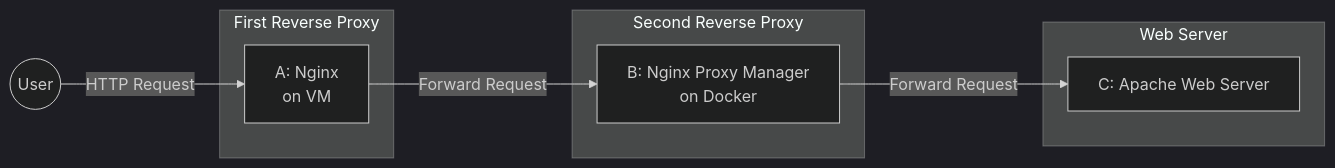
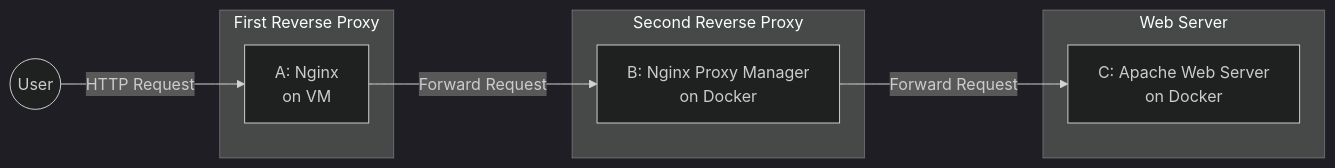
The diagram in infrastructure-diagram.mermaid (snru-ac-th/manual), drawn with Mermaid (dark theme) before and after one commit.

```diff
--- a/infrastructure-diagram.mermaid
+++ b/infrastructure-diagram.mermaid
@@ -1,16 +1,16 @@
 graph LR
     User((User)) --> |HTTP Request| A[A: Nginx<br>on VM]
     A --> |Forward Request| B[B: Nginx Proxy Manager<br>on Docker]
-    B --> |Forward Request| C[C: Apache Web Server]
+    B --> |Forward Request| C[C: Apache Web Server <br>on Docker]
     
     subgraph "First Reverse Proxy"
     A
     end
     
     subgraph "Second Reverse Proxy"
     B
     end
     
     subgraph "Web Server"
     C
     end
```
